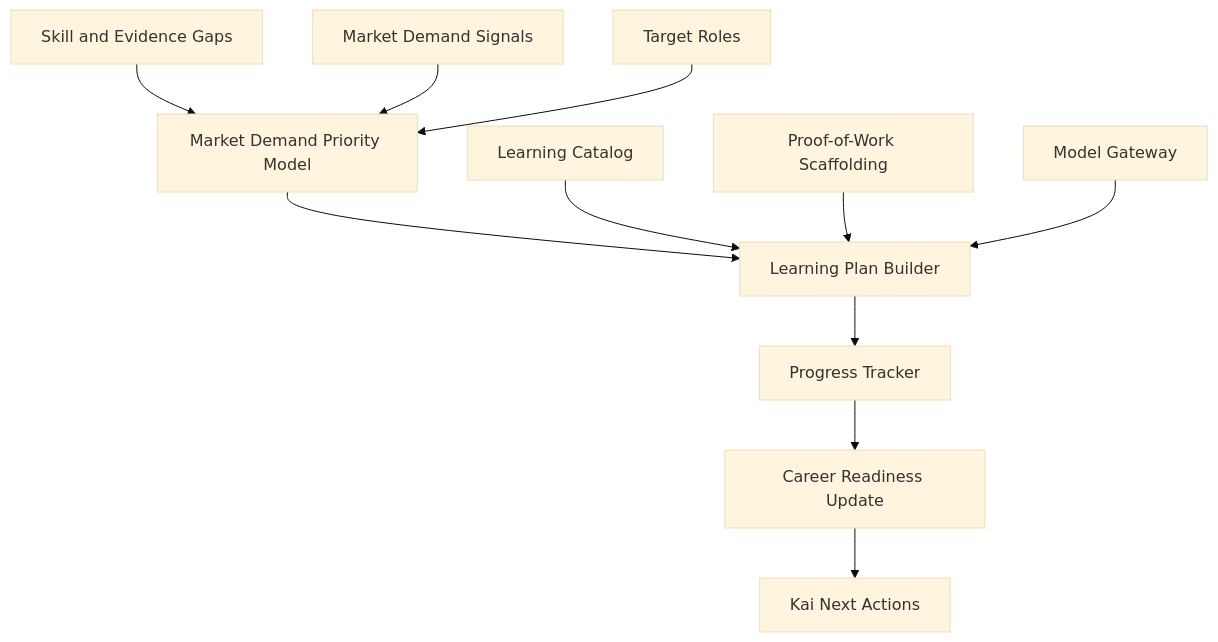
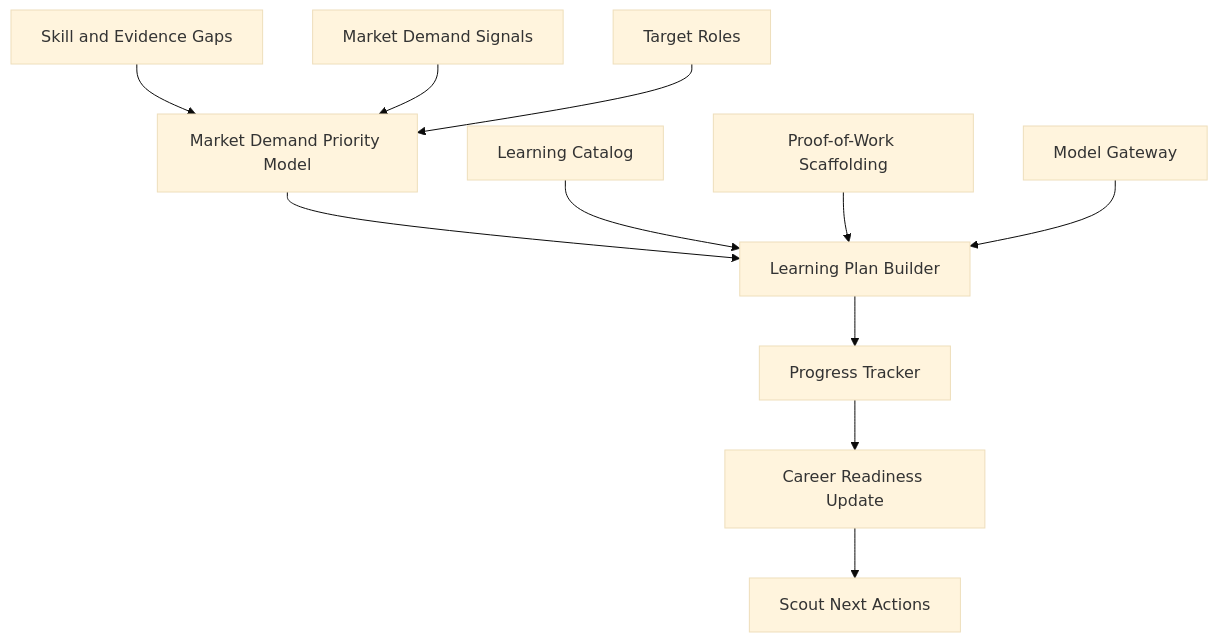
One commit to Mirzzie/Fadi changed the diagram in docs/LEARNING_INTELLIGENCE_ENGINE.md. Above: the diagram before and after it, drawn with Mermaid (base theme). The commit also changed other lines of this file and 142 other files, not shown here.

First line of the commit message:
feat!: rename Kai → Scout — the agent that finds what's ahead of you

````diff
--- a/docs/LEARNING_INTELLIGENCE_ENGINE.md
+++ b/docs/LEARNING_INTELLIGENCE_ENGINE.md
@@ -37,13 +37,13 @@
 ```mermaid
 flowchart TD
     Gaps[Skill and Evidence Gaps] --> Prioritize[Market Demand Priority Model]
     MarketSignals[Market Demand Signals] --> Prioritize
     Goals[Target Roles] --> Prioritize
     Prioritize --> Plan[Learning Plan Builder]
     Catalog[Learning Catalog] --> Plan
     ProofWork[Proof-of-Work Scaffolding] --> Plan
     Gateway[Model Gateway] --> Plan
     Plan --> Tracker[Progress Tracker]
     Tracker --> Readiness[Career Readiness Update]
-    Readiness --> Recommendations[Kai Next Actions]
+    Readiness --> Recommendations[Scout Next Actions]
 ```
````
